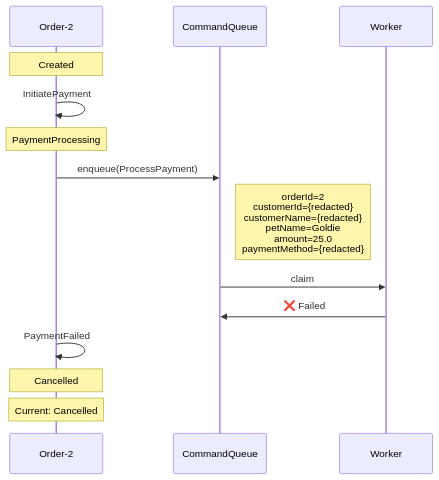
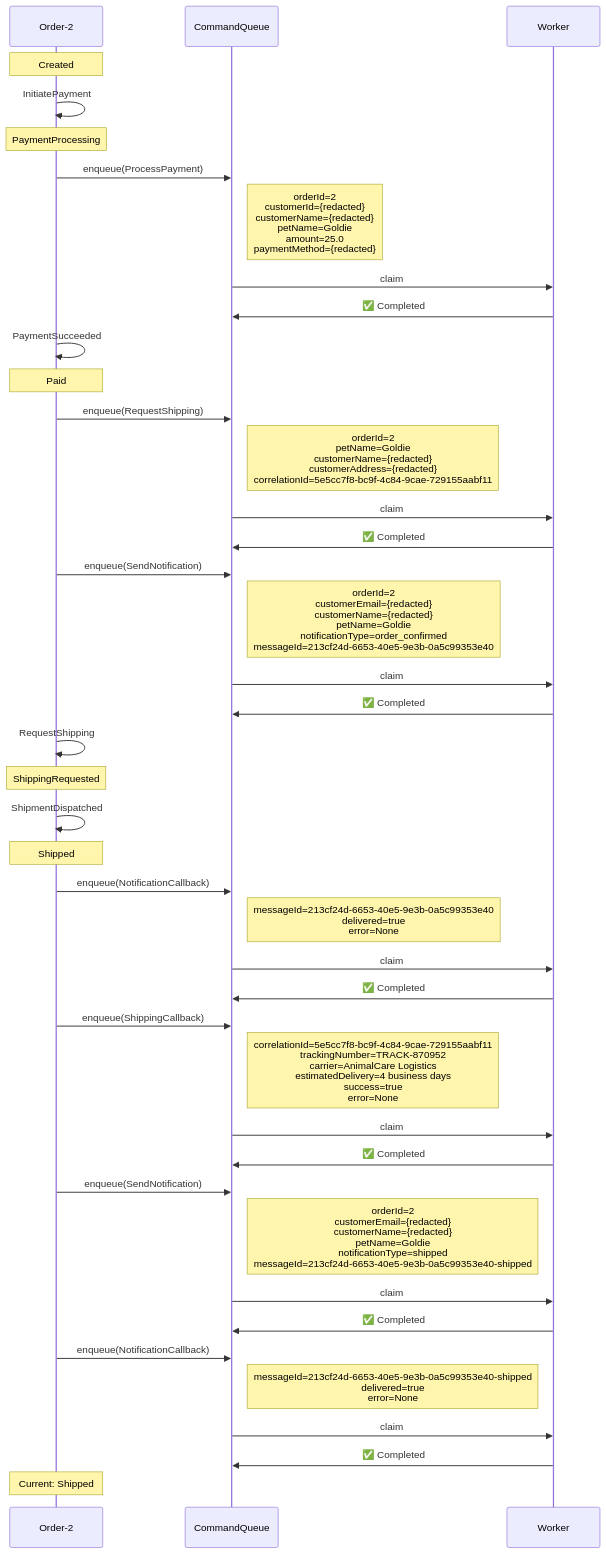
The first of 3 diagrams in docs/visualizations/order-2-trace.md (Iterable/mechanoid), drawn with Mermaid before and after one commit. The commit also changed other lines of this file and 6 other files, not shown here.

````diff
--- a/docs/visualizations/order-2-trace.md
+++ b/docs/visualizations/order-2-trace.md
@@ -11,17 +11,46 @@
 ```mermaid
+%%{init: {'themeCSS': '.noteText { text-align: left !important; }'}}%%
 sequenceDiagram
     participant FSM as Order-2
     participant CQ as CommandQueue
     participant W as Worker
 
     Note over FSM: Created
     FSM->>FSM: InitiatePayment
     Note over FSM: PaymentProcessing
     FSM->>CQ: enqueue(ProcessPayment)
     Note right of CQ: orderId=2<br/>customerId={redacted}<br/>customerName={redacted}<br/>petName=Goldie<br/>amount=25.0<br/>paymentMethod={redacted}
     CQ->>W: claim
-    W->>CQ: ❌ Failed
-    FSM->>FSM: PaymentFailed
-    Note over FSM: Cancelled
-    Note over FSM: Current: Cancelled
+    W->>CQ: ✅ Completed
+    FSM->>FSM: PaymentSucceeded
+    Note over FSM: Paid
+    FSM->>CQ: enqueue(RequestShipping)
+    Note right of CQ: orderId=2<br/>petName=Goldie<br/>customerName={redacted}<br/>customerAddress={redacted}<br/>correlationId=5e5cc7f8-bc9f-4c84-9cae-729155aabf11
+    CQ->>W: claim
+    W->>CQ: ✅ Completed
+    FSM->>CQ: enqueue(SendNotification)
+    Note right of CQ: orderId=2<br/>customerEmail={redacted}<br/>customerName={redacted}<br/>petName=Goldie<br/>notificationType=order_confirmed<br/>messageId=213cf24d-6653-40e5-9e3b-0a5c99353e40
+    CQ->>W: claim
+    W->>CQ: ✅ Completed
+    FSM->>FSM: RequestShipping
+    Note over FSM: ShippingRequested
+    FSM->>FSM: ShipmentDispatched
+    Note over FSM: Shipped
+    FSM->>CQ: enqueue(NotificationCallback)
+    Note right of CQ: messageId=213cf24d-6653-40e5-9e3b-0a5c99353e40<br/>delivered=true<br/>error=None
+    CQ->>W: claim
+    W->>CQ: ✅ Completed
+    FSM->>CQ: enqueue(ShippingCallback)
+    Note right of CQ: correlationId=5e5cc7f8-bc9f-4c84-9cae-729155aabf11<br/>trackingNumber=TRACK-870952<br/>carrier=AnimalCare Logistics<br/>estimatedDelivery=4 business days<br/>success=true<br/>error=None
+    CQ->>W: claim
+    W->>CQ: ✅ Completed
+    FSM->>CQ: enqueue(SendNotification)
+    Note right of CQ: orderId=2<br/>customerEmail={redacted}<br/>customerName={redacted}<br/>petName=Goldie<br/>notificationType=shipped<br/>messageId=213cf24d-6653-40e5-9e3b-0a5c99353e40-shipped
+    CQ->>W: claim
+    W->>CQ: ✅ Completed
+    FSM->>CQ: enqueue(NotificationCallback)
+    Note right of CQ: messageId=213cf24d-6653-40e5-9e3b-0a5c99353e40-shipped<br/>delivered=true<br/>error=None
+    CQ->>W: claim
+    W->>CQ: ✅ Completed
+    Note over FSM: Current: Shipped
 ```
````
